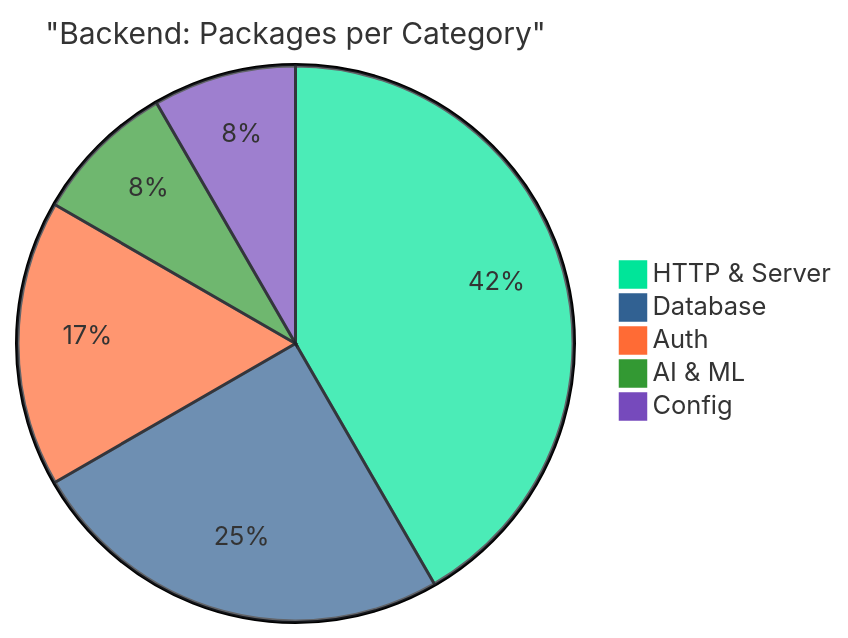
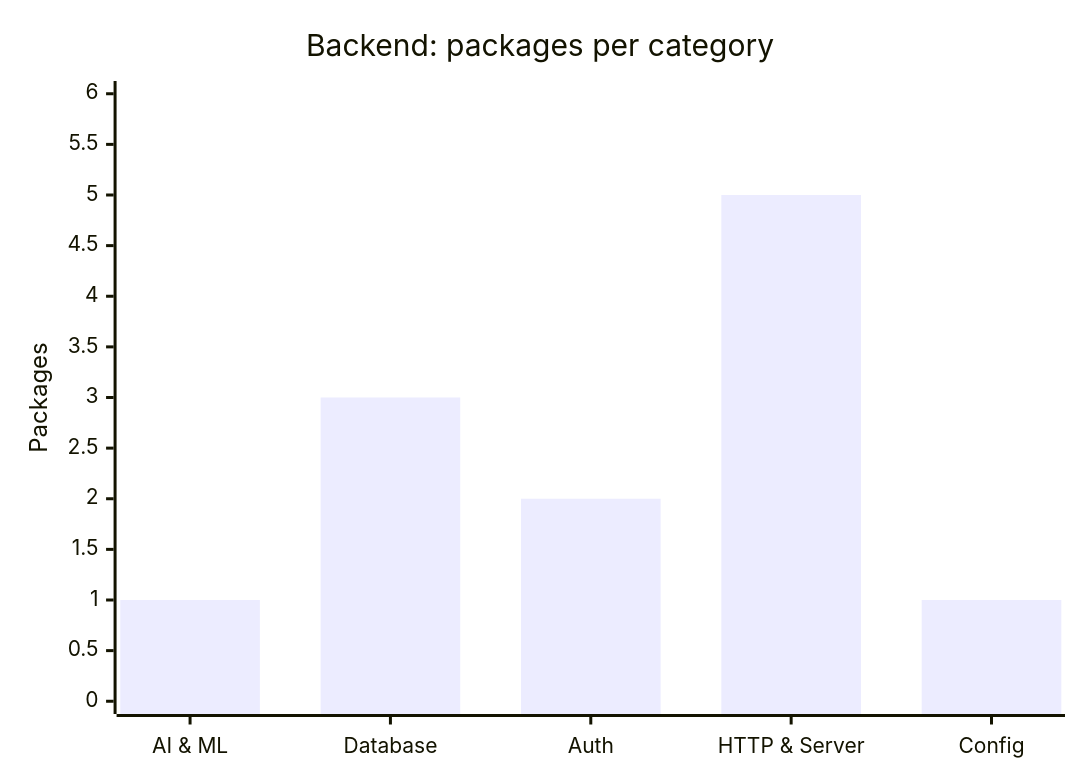
The fifth of 6 diagrams in README.md (boxbiswas/AI_CODE_REVIEW_ASSISTANT), drawn with Mermaid before and after one commit. The commit also changed other lines of this file, not shown here.

Commit message:
docs: revert pie charts back to original bar charts

````diff
--- a/README.md
+++ b/README.md
@@ -230,9 +230,7 @@
 ```mermaid
-%%{init: {'theme': 'base', 'themeVariables': { 'pie1': '#00E599', 'pie2': '#316192', 'pie3': '#FF6B35', 'pie4': '#339933', 'pie5': '#764ABC', 'pieStrokeColor': '#20232A', 'pieStrokeWidth': '2px', 'textPosition': '0.5', 'pieTitleTextSize': '20px' }}}%%
-pie title "Backend: Packages per Category"
-    "HTTP & Server" : 5
-    "Database" : 3
-    "Auth" : 2
-    "AI & ML" : 1
-    "Config" : 1
+xychart-beta
+    title "Backend: packages per category"
+    x-axis ["AI & ML", "Database", "Auth", "HTTP & Server", "Config"]
+    y-axis "Packages" 0 --> 6
+    bar [1, 3, 2, 5, 1]
 ```
````
